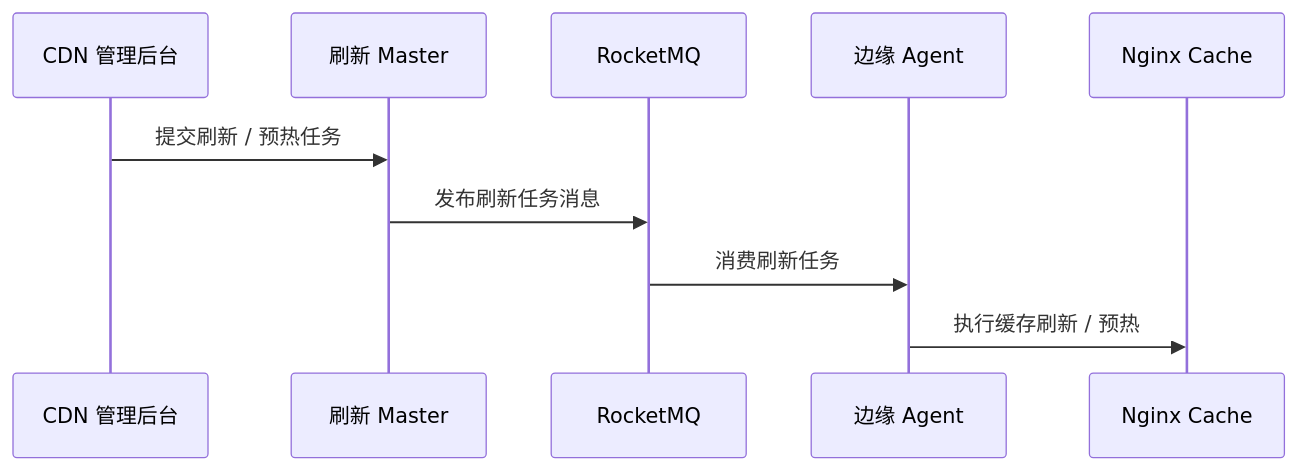
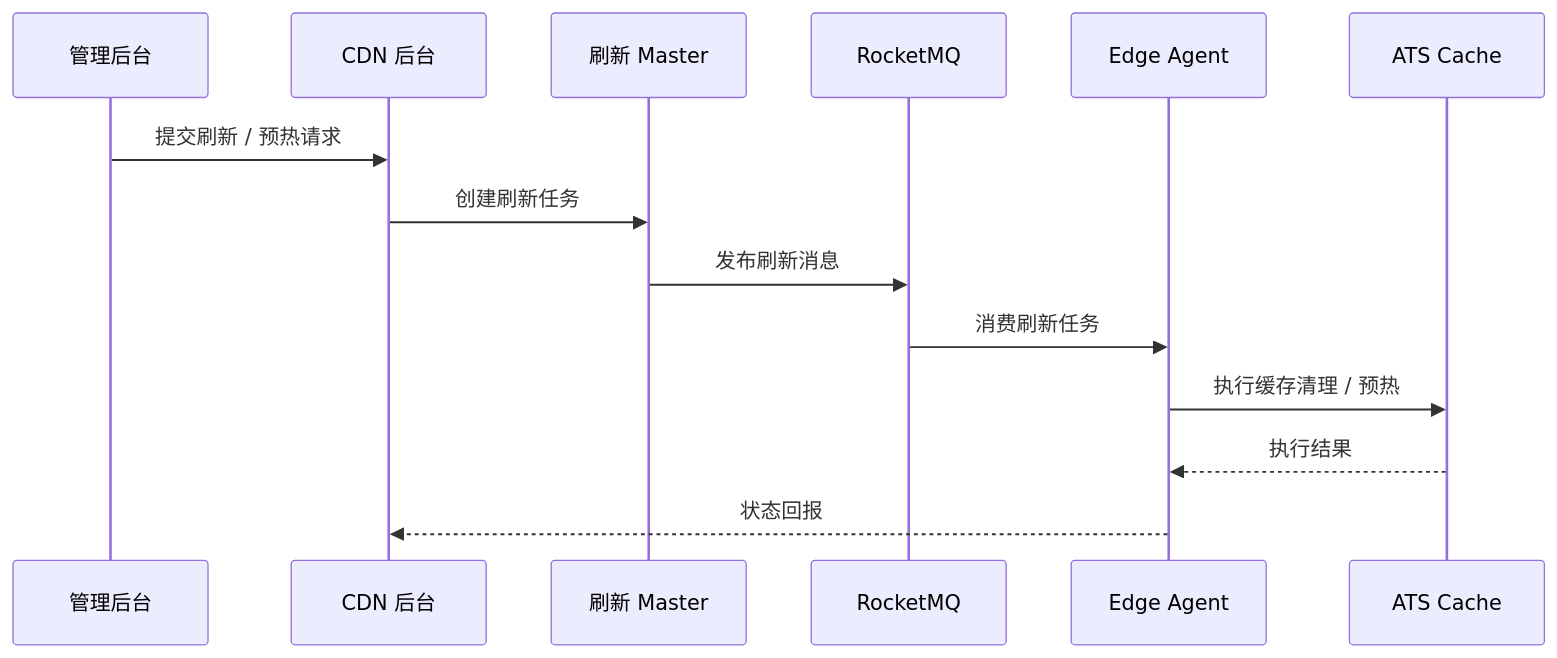
One commit to HK-CH2018/interview changed the fourth of 5 diagrams in cdn系统总结.md. Above: the diagram before and after it, drawn with Mermaid. The commit also changed other lines of this file, not shown here.

First line of the commit message:
Revise CDN system architecture and refresh logic diagrams

````diff
--- a/cdn系统总结.md
+++ b/cdn系统总结.md
@@ -258,13 +232,17 @@
 ```mermaid
 sequenceDiagram
-    participant Admin as CDN 管理后台
+    participant UI as 管理后台
+    participant Backend as CDN 后台
     participant Master as 刷新 Master
     participant MQ as RocketMQ
-    participant Agent as 边缘 Agent
-    participant Nginx as Nginx Cache
+    participant Agent as Edge Agent
+    participant ATS as ATS Cache
 
-    Admin->>Master: 提交刷新 / 预热任务
-    Master->>MQ: 发布刷新任务消息
+    UI->>Backend: 提交刷新 / 预热请求
+    Backend->>Master: 创建刷新任务
+    Master->>MQ: 发布刷新消息
     MQ->>Agent: 消费刷新任务
-    Agent->>Nginx: 执行缓存刷新 / 预热
+    Agent->>ATS: 执行缓存清理 / 预热
+    ATS-->>Agent: 执行结果
+    Agent-->>Backend: 状态回报
 ```
````
